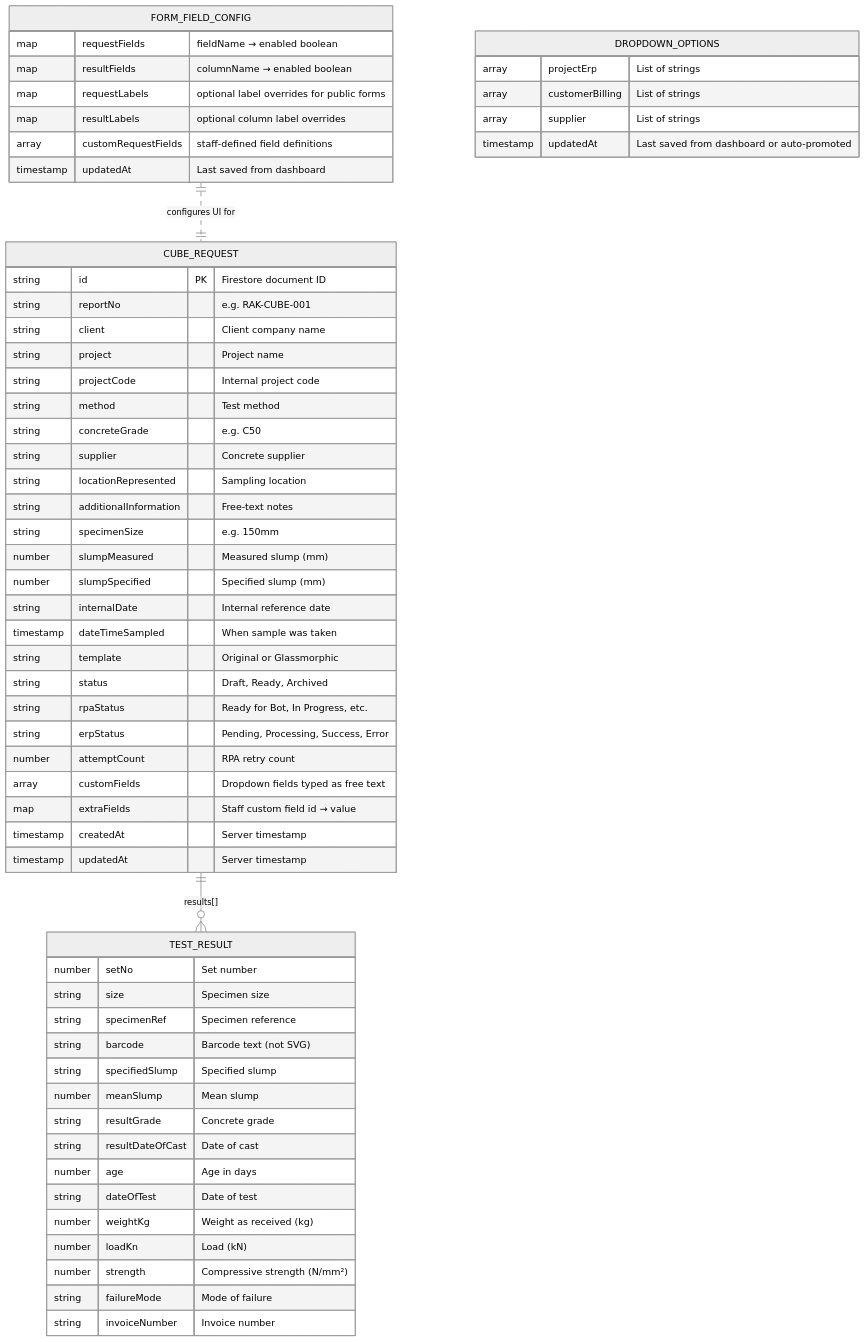
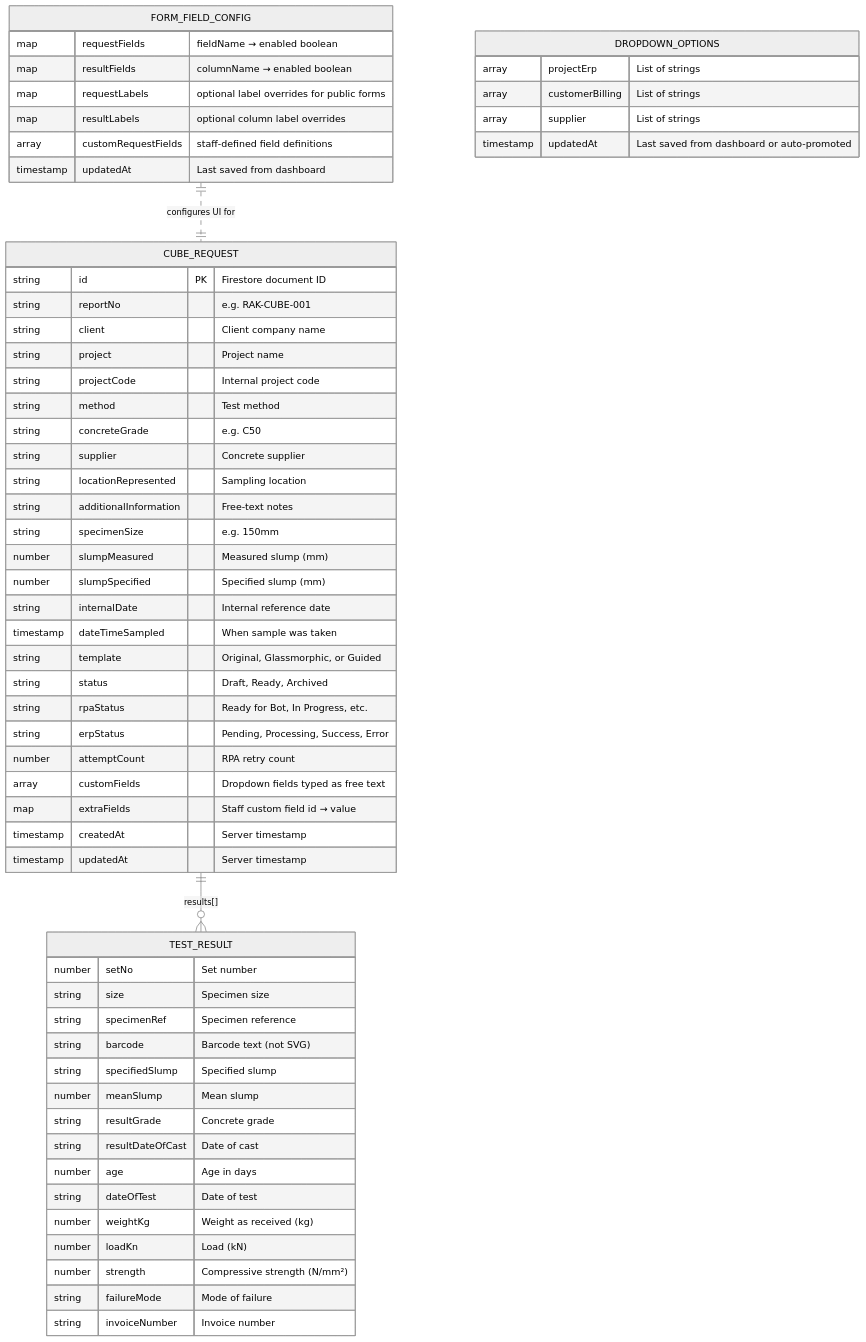
One commit to Yanguangchen/CubeSync changed the ninth of 11 diagrams in documentation/architecture.md. Above: the diagram before and after it, drawn with Mermaid (neutral theme). The commit also changed 26 other files, not shown here.

````diff
--- a/documentation/architecture.md
+++ b/documentation/architecture.md
@@ -505,66 +505,66 @@
 ```mermaid
 erDiagram
     CUBE_REQUEST {
         string id PK "Firestore document ID"
         string reportNo "e.g. RAK-CUBE-001"
         string client "Client company name"
         string project "Project name"
         string projectCode "Internal project code"
         string method "Test method"
         string concreteGrade "e.g. C50"
         string supplier "Concrete supplier"
         string locationRepresented "Sampling location"
         string additionalInformation "Free-text notes"
         string specimenSize "e.g. 150mm"
         number slumpMeasured "Measured slump (mm)"
         number slumpSpecified "Specified slump (mm)"
         string internalDate "Internal reference date"
         timestamp dateTimeSampled "When sample was taken"
-        string template "Original or Glassmorphic"
+        string template "Original, Glassmorphic, or Guided"
         string status "Draft, Ready, Archived"
         string rpaStatus "Ready for Bot, In Progress, etc."
         string erpStatus "Pending, Processing, Success, Error"
         number attemptCount "RPA retry count"
         array customFields "Dropdown fields typed as free text"
         map extraFields "Staff custom field id → value"
         timestamp createdAt "Server timestamp"
         timestamp updatedAt "Server timestamp"
     }
 
     TEST_RESULT {
         number setNo "Set number"
         string size "Specimen size"
         string specimenRef "Specimen reference"
         string barcode "Barcode text (not SVG)"
         string specifiedSlump "Specified slump"
         number meanSlump "Mean slump"
         string resultGrade "Concrete grade"
         string resultDateOfCast "Date of cast"
         number age "Age in days"
         string dateOfTest "Date of test"
         number weightKg "Weight as received (kg)"
         number loadKn "Load (kN)"
         number strength "Compressive strength (N/mm²)"
         string failureMode "Mode of failure"
         string invoiceNumber "Invoice number"
     }
 
     FORM_FIELD_CONFIG {
         map requestFields "fieldName → enabled boolean"
         map resultFields "columnName → enabled boolean"
         map requestLabels "optional label overrides for public forms"
         map resultLabels "optional column label overrides"
         array customRequestFields "staff-defined field definitions"
         timestamp updatedAt "Last saved from dashboard"
     }
 
     DROPDOWN_OPTIONS {
         array projectErp "List of strings"
         array customerBilling "List of strings"
         array supplier "List of strings"
         timestamp updatedAt "Last saved from dashboard or auto-promoted"
     }
 
     CUBE_REQUEST ||--o{ TEST_RESULT : "results[]"
     FORM_FIELD_CONFIG ||..|| CUBE_REQUEST : "configures UI for"
 ```
````
